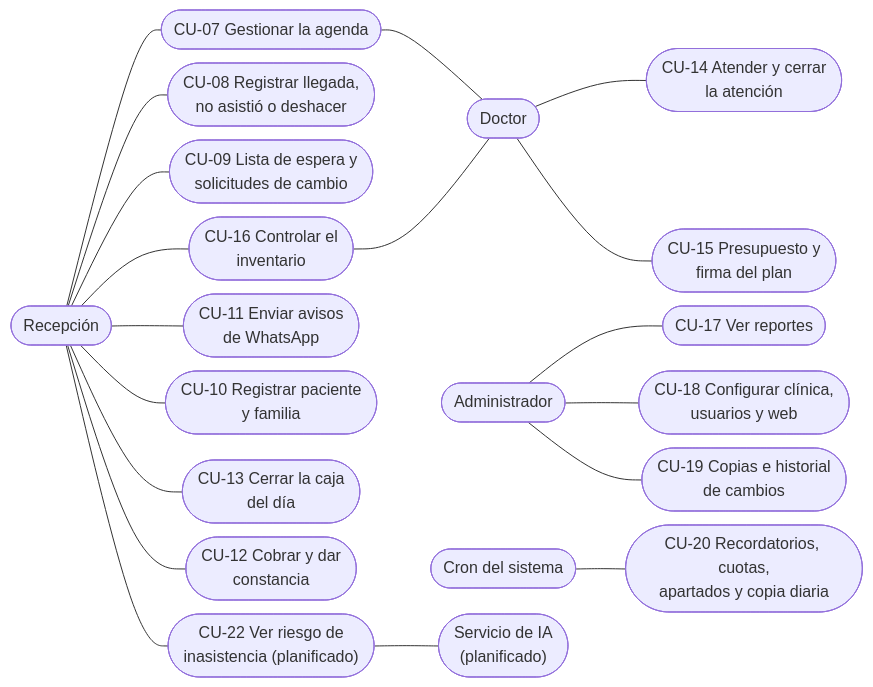
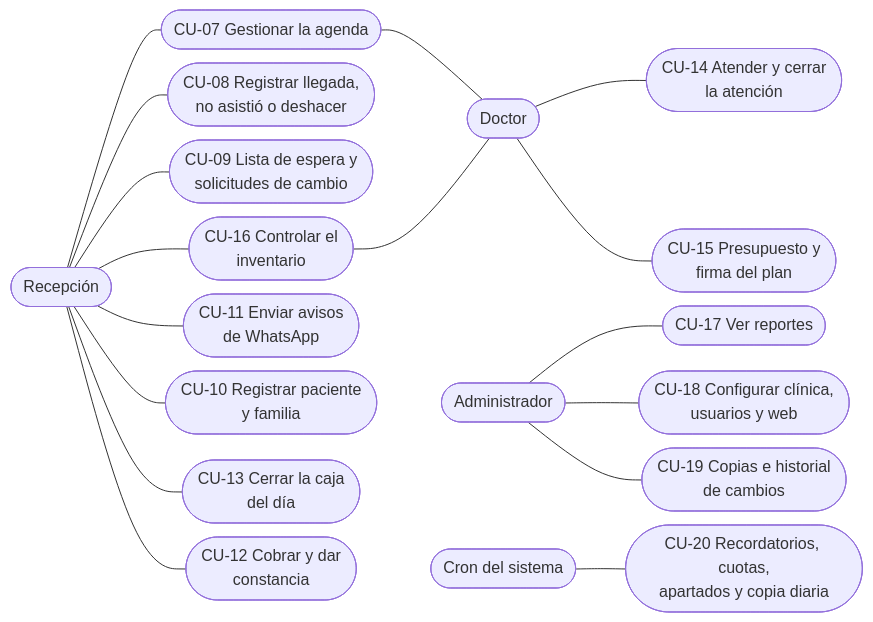
One commit to francalizaya266-sudo/venga-implantes changed the diagram in docs/entregables/E1-requerimientos-y-diseno/diagramas/casos-de-uso-personal.mmd. Above: the diagram before and after it, drawn with Mermaid. The commit also changed 19 other files, not shown here.

```diff
--- a/docs/entregables/E1-requerimientos-y-diseno/diagramas/casos-de-uso-personal.mmd
+++ b/docs/entregables/E1-requerimientos-y-diseno/diagramas/casos-de-uso-personal.mmd
@@ -1,31 +1,28 @@
 %%{init: {"flowchart": {"nodeSpacing": 14, "rankSpacing": 50}}}%%
 flowchart LR
   rec(["Recepción"])
   cu7(["CU-07 Gestionar la agenda"])
   cu8(["CU-08 Registrar llegada,<br/>no asistió o deshacer"])
   cu9(["CU-09 Lista de espera y<br/>solicitudes de cambio"])
   cu10(["CU-10 Registrar paciente<br/>y familia"])
   cu11(["CU-11 Enviar avisos<br/>de WhatsApp"])
   cu12(["CU-12 Cobrar y dar<br/>constancia"])
   cu13(["CU-13 Cerrar la caja<br/>del día"])
   cu16(["CU-16 Controlar el<br/>inventario"])
-  cu22(["CU-22 Ver riesgo de<br/>inasistencia (planificado)"])
   doc(["Doctor"])
   adm(["Administrador"])
   cron(["Cron del sistema"])
-  ia(["Servicio de IA<br/>(planificado)"])
   cu14(["CU-14 Atender y cerrar<br/>la atención"])
   cu15(["CU-15 Presupuesto y<br/>firma del plan"])
   cu17(["CU-17 Ver reportes"])
   cu18(["CU-18 Configurar clínica,<br/>usuarios y web"])
   cu19(["CU-19 Copias e historial<br/>de cambios"])
   cu20(["CU-20 Recordatorios, cuotas,<br/>apartados y copia diaria"])
-  rec --- cu7 & cu8 & cu9 & cu10 & cu11 & cu12 & cu13 & cu16 & cu22
+  rec --- cu7 & cu8 & cu9 & cu10 & cu11 & cu12 & cu13 & cu16
   cu7 & cu16 --- doc
   doc --- cu14 & cu15
   cu10 ~~~ adm
   adm --- cu17 & cu18 & cu19
   cu12 ~~~ cron
   cron --- cu20
-  cu22 --- ia
   linkStyle default marker-end:none
```
